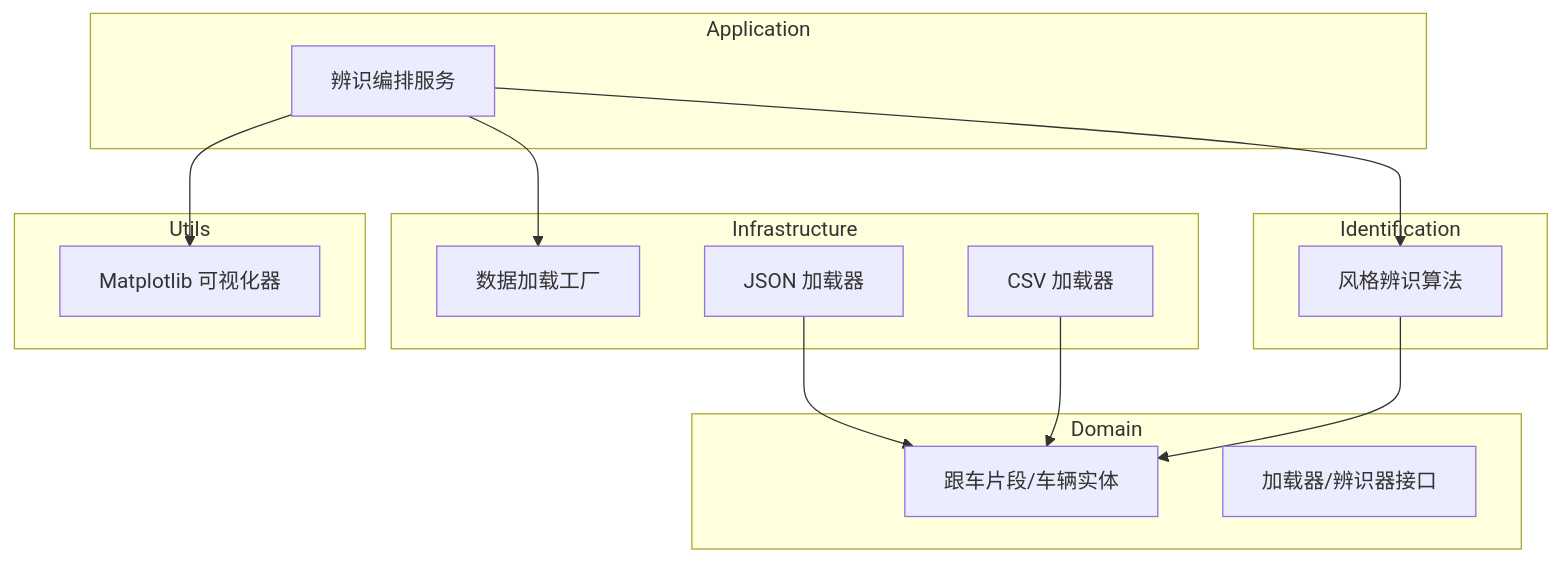
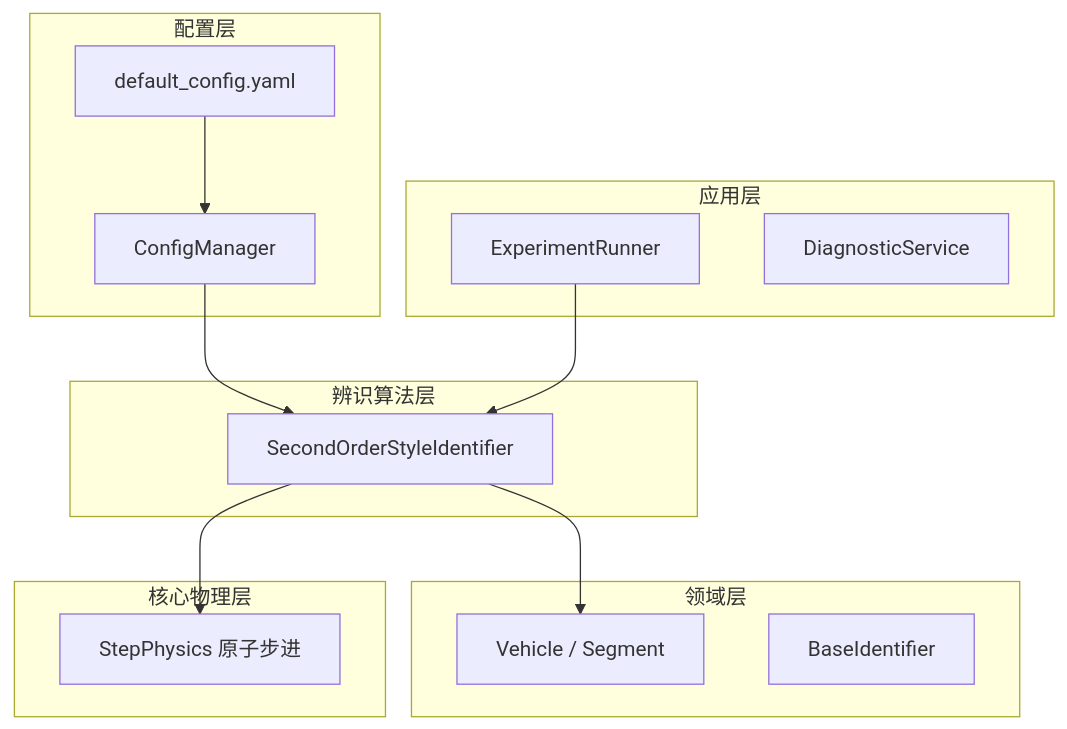
The diagram in wiki/index.md (pokemonAndCodeMaster/DriveStyle), drawn with Mermaid before and after one commit. The commit also changed other lines of this file and 13 other files, not shown here.

````diff
--- a/wiki/index.md
+++ b/wiki/index.md
@@ -25,32 +22,31 @@
 ```mermaid
 flowchart TB
-    subgraph 基础设施层 [Infrastructure]
-        LoaderFactory[数据加载工厂]
-        CSVLoader[CSV 加载器]
-        JSONLoader[JSON 加载器]
+    subgraph Config[配置层]
+        Yaml[default_config.yaml]
+        Manager[ConfigManager]
     end
 
-    subgraph 应用服务层 [Application]
-        Service[辨识编排服务]
+    subgraph App[应用层]
+        Runner[ExperimentRunner]
+        Diag[DiagnosticService]
     end
 
-    subgraph 领域核心层 [Domain]
-        Models[跟车片段/车辆实体]
-        Interfaces[加载器/辨识器接口]
+    subgraph Domain[领域层]
+        Models[Vehicle / Segment]
+        Interface[BaseIdentifier]
     end
 
-    subgraph 算法层 [Identification]
-        Algo[风格辨识算法]
+    subgraph Core[核心物理层]
+        Physics[StepPhysics 原子步进]
     end
 
-    subgraph 工具层 [Utils]
-        Viz[Matplotlib 可视化器]
+    subgraph Algo[辨识算法层]
+        SOID[SecondOrderStyleIdentifier]
     end
 
-    JSONLoader --> Models
-    CSVLoader --> Models
-    Service --> LoaderFactory
-    Service --> Algo
-    Service --> Viz
-    Algo --> Models
+    Yaml --> Manager
+    Manager --> SOID
+    Runner --> SOID
+    SOID --> Physics
+    SOID --> Models
 ```
````
